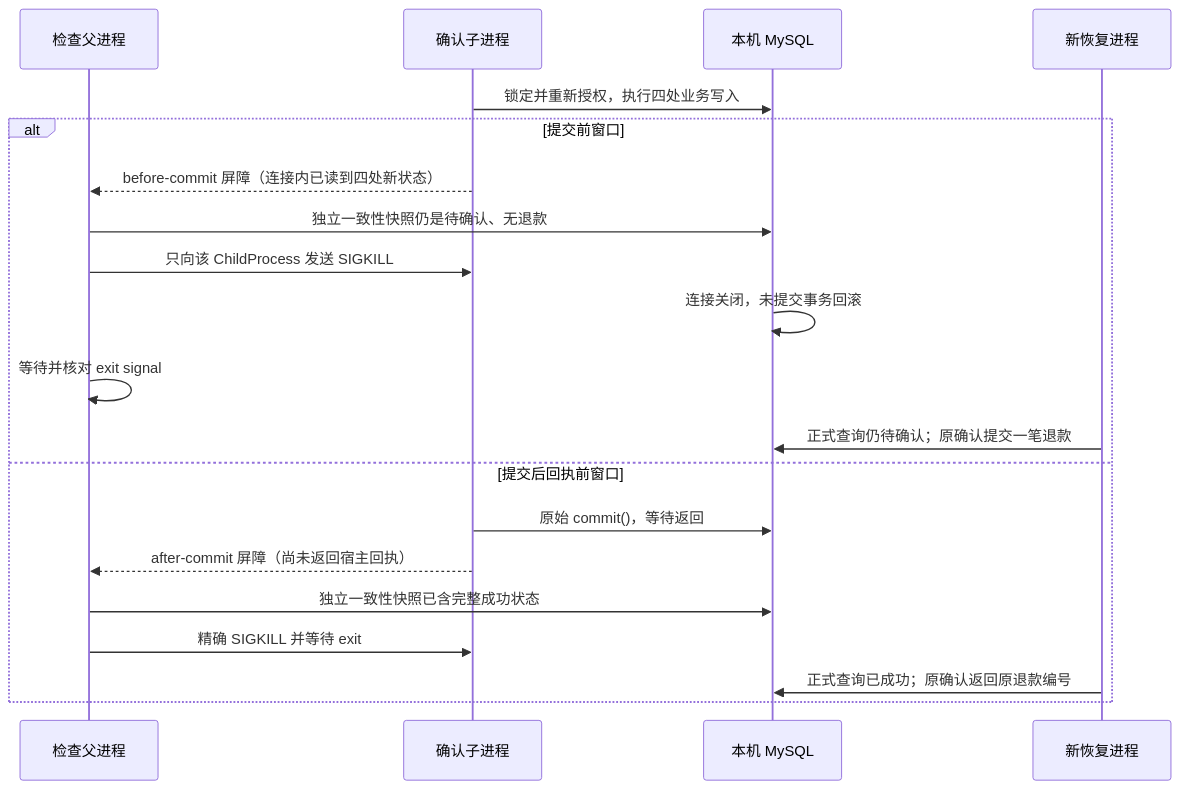
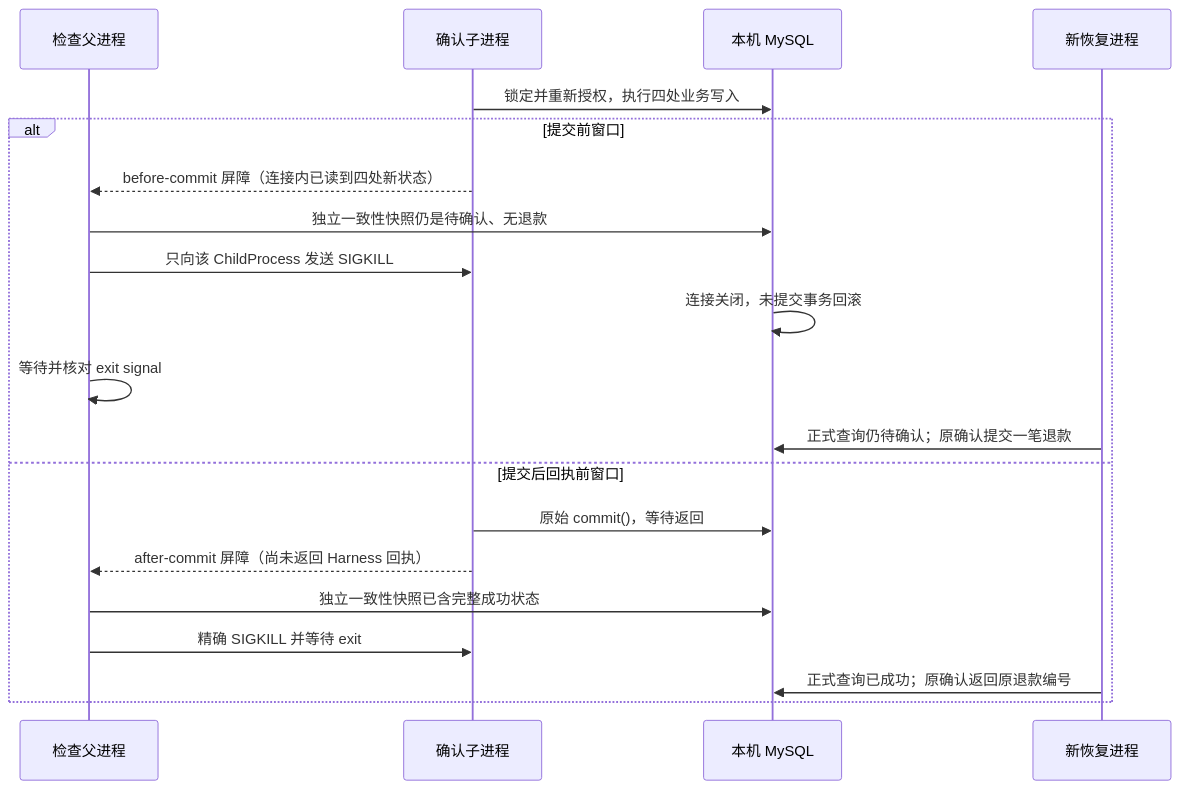
One commit to erha1499/dave-agent changed the first of 2 diagrams in docs/refund-crash-window-validation.md. Above: the diagram before and after it, drawn with Mermaid. The commit also changed other lines of this file and 94 other files, not shown here.

````diff
--- a/docs/refund-crash-window-validation.md
+++ b/docs/refund-crash-window-validation.md
@@ -20,22 +20,22 @@
 ```mermaid
 sequenceDiagram
   participant P as 检查父进程
   participant C as 确认子进程
   participant D as 本机 MySQL
   participant R as 新恢复进程
   C->>D: 锁定并重新授权，执行四处业务写入
   alt 提交前窗口
     C-->>P: before-commit 屏障（连接内已读到四处新状态）
     P->>D: 独立一致性快照仍是待确认、无退款
     P->>C: 只向该 ChildProcess 发送 SIGKILL
     D->>D: 连接关闭，未提交事务回滚
     P->>P: 等待并核对 exit signal
     R->>D: 正式查询仍待确认；原确认提交一笔退款
   else 提交后回执前窗口
     C->>D: 原始 commit()，等待返回
-    C-->>P: after-commit 屏障（尚未返回宿主回执）
+    C-->>P: after-commit 屏障（尚未返回 Harness 回执）
     P->>D: 独立一致性快照已含完整成功状态
     P->>C: 精确 SIGKILL 并等待 exit
     R->>D: 正式查询已成功；原确认返回原退款编号
   end
 ```
````
